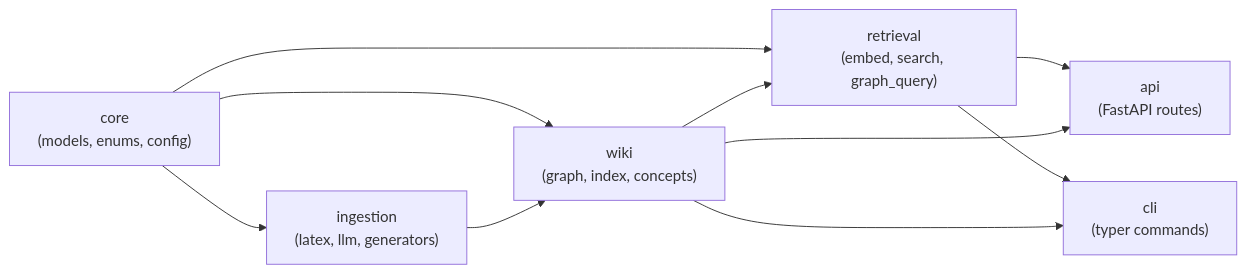
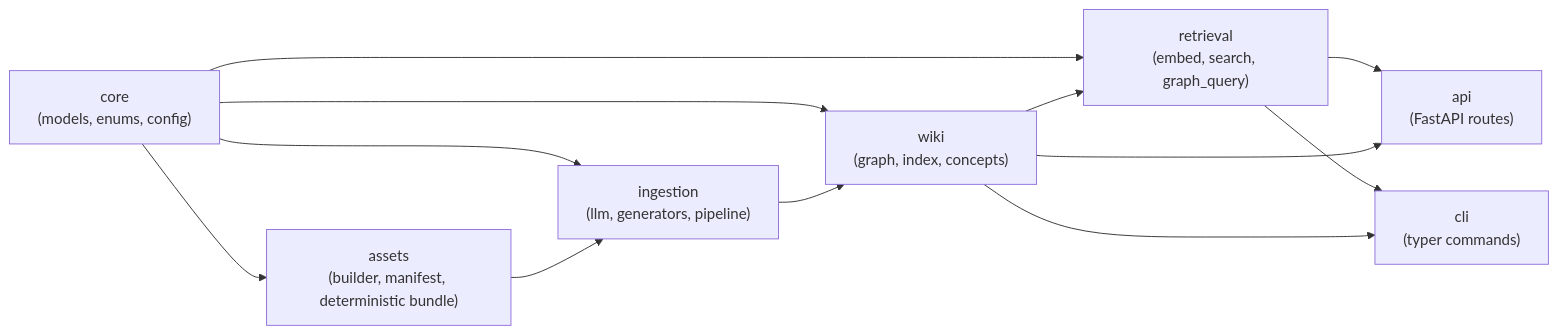
Before and after one commit to Szy5/ResearchWorkSpace: the second of 16 diagrams in docs/Paper-Wiki 技术方案_v1.md, drawn with Mermaid. The commit also changed other lines of this file and 182 other files, not shown here.

````diff
--- a/docs/Paper-Wiki 技术方案_v1.md
+++ b/docs/Paper-Wiki 技术方案_v1.md
@@ -192,19 +226,22 @@
 ```mermaid
 graph LR
     core["core<br/>(models, enums, config)"]
-    ingestion["ingestion<br/>(latex, llm, generators)"]
+    assets["assets<br/>(builder, manifest, deterministic bundle)"]
+    ingestion["ingestion<br/>(llm, generators, pipeline)"]
     wiki["wiki<br/>(graph, index, concepts)"]
     retrieval["retrieval<br/>(embed, search, graph_query)"]
     api["api<br/>(FastAPI routes)"]
     cli["cli<br/>(typer commands)"]
 
+    core --> assets
     core --> ingestion
+    assets --> ingestion
     core --> wiki
     core --> retrieval
     ingestion --> wiki
     wiki --> retrieval
     retrieval --> api
     retrieval --> cli
     wiki --> api
     wiki --> cli
 ```
````
